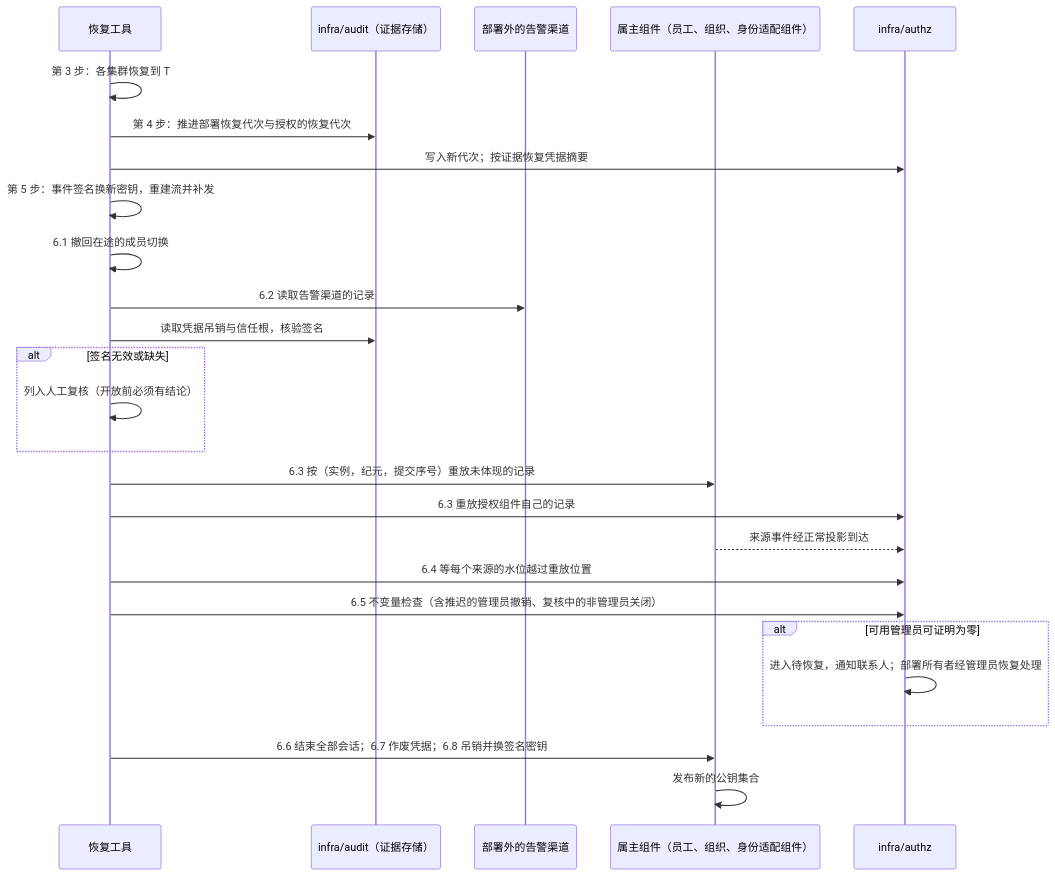
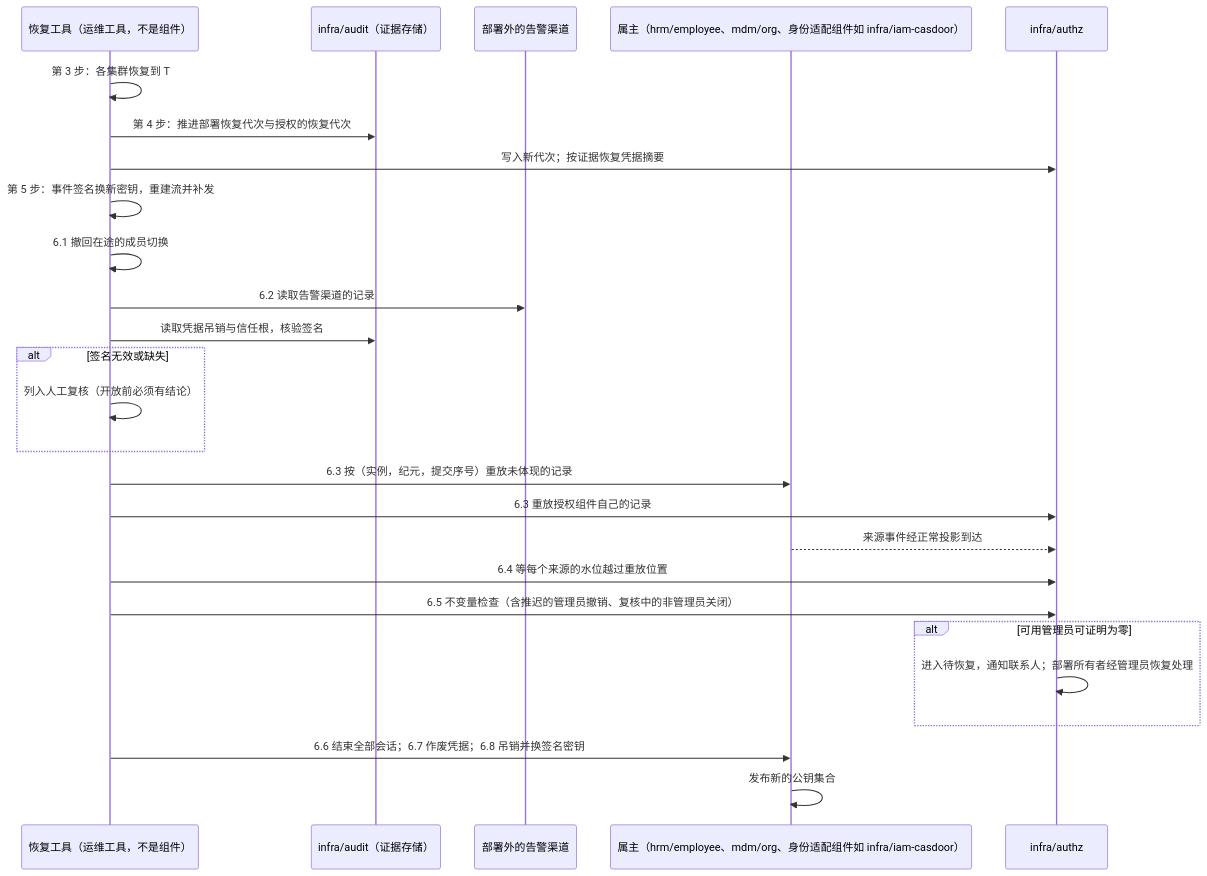
One commit to brickKit/be-assembly-standard changed the second of 3 diagrams in tempDocs/final/06-protocols/15-backup-and-recovery.md. Above: the diagram before and after it, drawn with Mermaid. The commit also changed other lines of this file and 7 other files, not shown here.

````diff
--- a/tempDocs/final/06-protocols/15-backup-and-recovery.md
+++ b/tempDocs/final/06-protocols/15-backup-and-recovery.md
@@ -160,28 +160,28 @@
 ```mermaid
 sequenceDiagram
-    participant R as 恢复工具
+    participant R as 恢复工具（运维工具，不是组件）
     participant E as infra/audit（证据存储）
     participant X as 部署外的告警渠道
-    participant O as 属主组件（员工、组织、身份适配组件）
+    participant O as 属主（hrm/employee、mdm/org、身份适配组件如 infra/iam-casdoor）
     participant A as infra/authz
     R->>R: 第 3 步：各集群恢复到 T
     R->>E: 第 4 步：推进部署恢复代次与授权的恢复代次
     R->>A: 写入新代次；按证据恢复凭据摘要
     R->>R: 第 5 步：事件签名换新密钥，重建流并补发
     R->>R: 6.1 撤回在途的成员切换
     R->>X: 6.2 读取告警渠道的记录
     R->>E: 读取凭据吊销与信任根，核验签名
     alt 签名无效或缺失
         R->>R: 列入人工复核（开放前必须有结论）
     end
     R->>O: 6.3 按（实例，纪元，提交序号）重放未体现的记录
     R->>A: 6.3 重放授权组件自己的记录
     O-->>A: 来源事件经正常投影到达
     R->>A: 6.4 等每个来源的水位越过重放位置
     R->>A: 6.5 不变量检查（含推迟的管理员撤销、复核中的非管理员关闭）
     alt 可用管理员可证明为零
         A->>A: 进入待恢复，通知联系人；部署所有者经管理员恢复处理
     end
     R->>O: 6.6 结束全部会话；6.7 作废凭据；6.8 吊销并换签名密钥
     O->>O: 发布新的公钥集合
 ```
````
